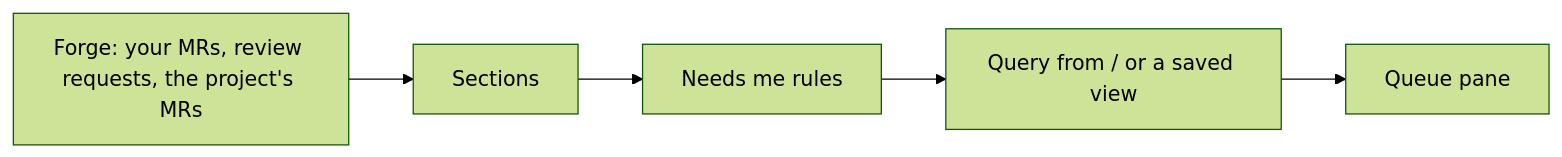
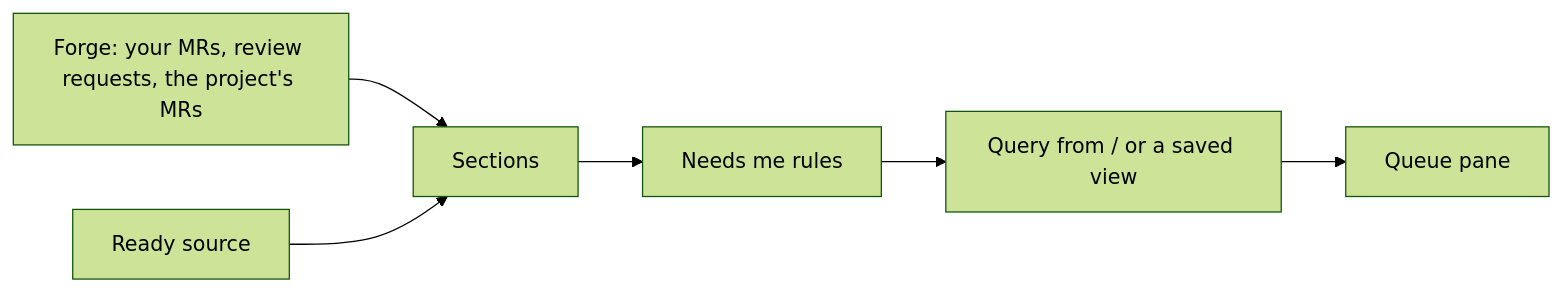
One commit to vmeyet/revu-tui changed the first of 2 diagrams in docs/concepts.md. Above: the diagram before and after it, drawn with Mermaid (forest theme). The commit also changed other lines of this file and 16 other files, not shown here.

First line of the commit message:
feat: a ready source command fills a Ready section (#39)

````diff
--- a/docs/concepts.md
+++ b/docs/concepts.md
@@ -60,7 +61,8 @@
 ```mermaid
 flowchart LR
     F["Forge: your MRs, review requests, the project's MRs"] --> S["Sections"]
+    R["Ready source"] --> S
     S --> N["Needs me rules"]
     N --> Q["Query from / or a saved view"]
     Q --> P["Queue pane"]
 ```
````
